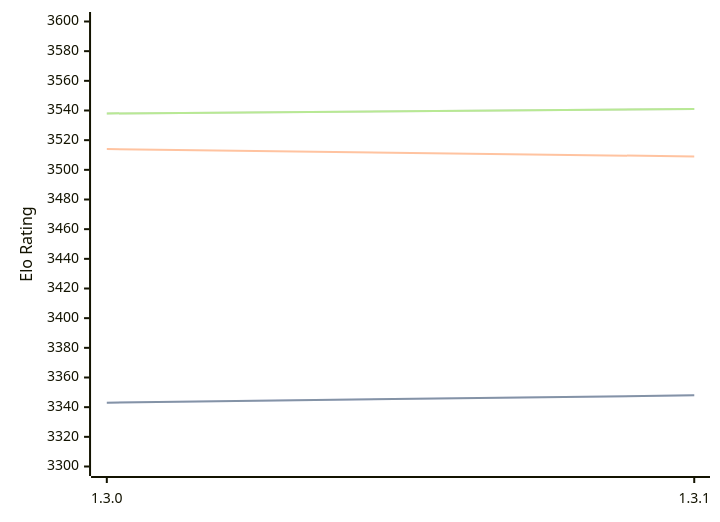
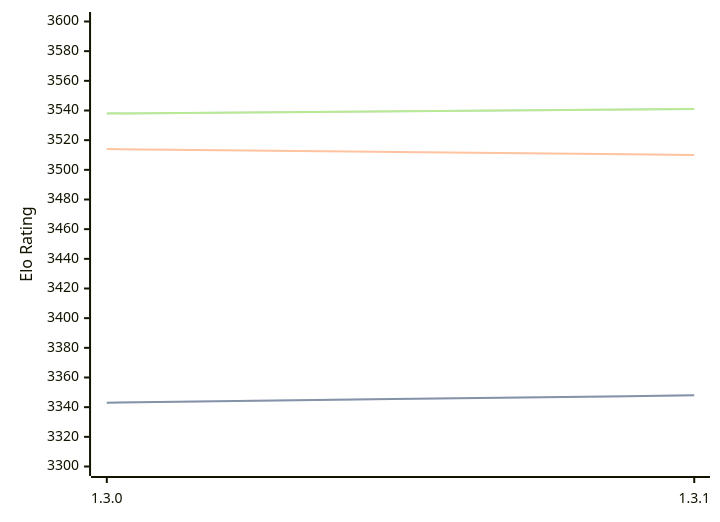
One commit to computer-chess-index/cci changed the diagram in engines/Renegade.md. Above: the diagram before and after it, drawn with Mermaid. The commit also changed other lines of this file, not shown here.

````diff
--- a/engines/Renegade.md
+++ b/engines/Renegade.md
@@ -33,11 +33,11 @@
 ```mermaid
 %%{init: {"theme":"base","themeVariables":{"seriesColors:['#a3a3a3','#222221','#faa371']}}}%%
 xychart-beta
   x-axis ["1.3.0", "1.3.1"]
   y-axis "Elo Rating" 3300 --> 3600
   line "" [3343, 3348]
   line "STC (8.0+0.08s)" [3343, 3348]
-  line "LTC (60.0+0.60s)" [3514, 3509]
+  line "LTC (60.0+0.60s)" [3514, 3510]
   line "" [3538, 3541]
   line "VLTC (2m24s+1.12s)" [3538, 3541]
 ```
````
